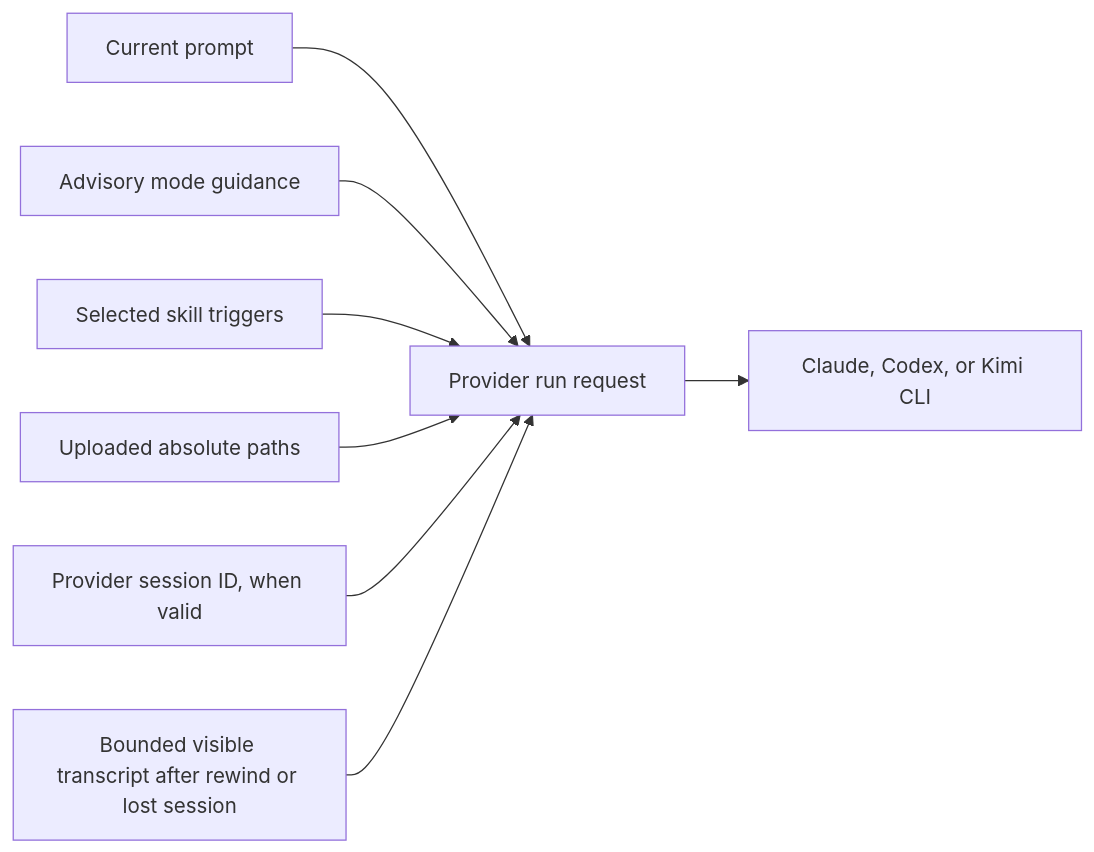
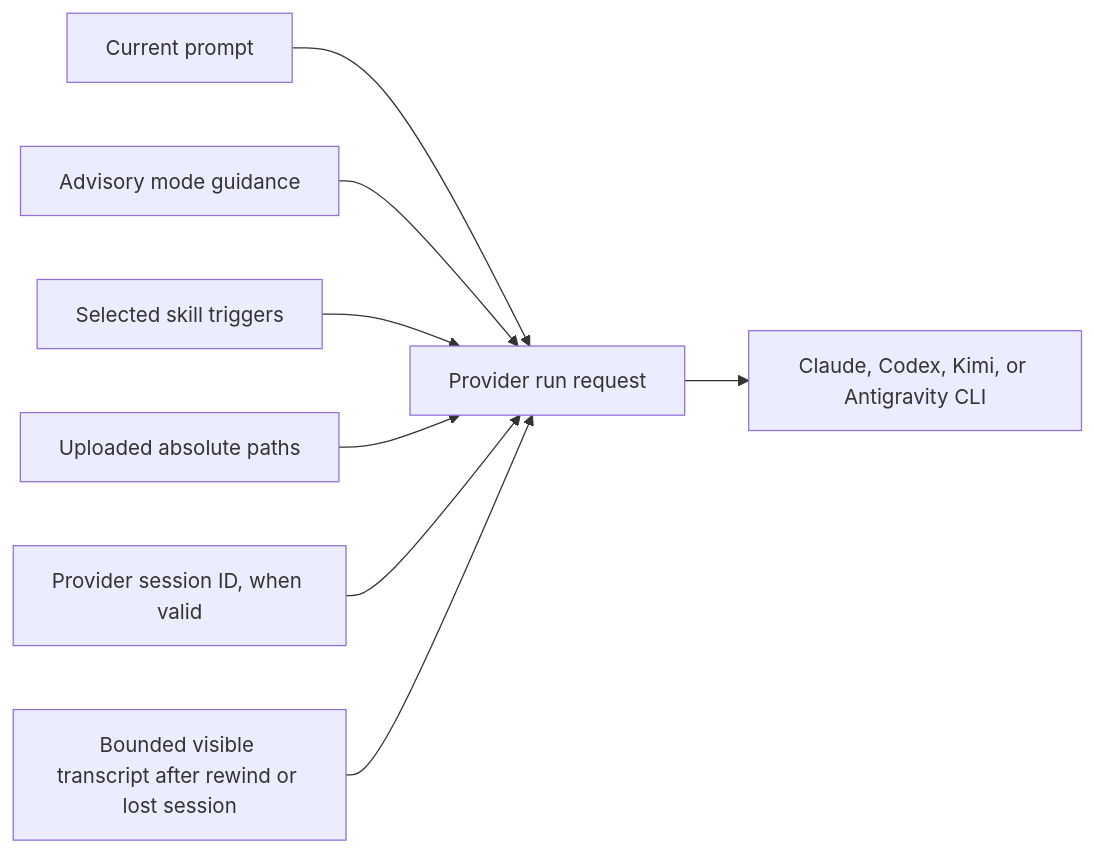
Before and after one commit to AbdallahMohamedDotnet/remote.futrx: the diagram in docs/02-user-guide/04-prompts-context-and-conversation.md, drawn with Mermaid. The commit also changed other lines of this file and 25 other files, not shown here.

````diff
--- a/docs/02-user-guide/04-prompts-context-and-conversation.md
+++ b/docs/02-user-guide/04-prompts-context-and-conversation.md
@@ -27,10 +27,10 @@
 ```mermaid
 flowchart LR
     Prompt["Current prompt"] --> Request["Provider run request"]
     Mode["Advisory mode guidance"] --> Request
     Skills["Selected skill triggers"] --> Request
     Files["Uploaded absolute paths"] --> Request
     Session["Provider session ID, when valid"] --> Request
     History["Bounded visible transcript after rewind or lost session"] --> Request
-    Request --> Agent["Claude, Codex, or Kimi CLI"]
+    Request --> Agent["Claude, Codex, Kimi, or Antigravity CLI"]
 ```
````
